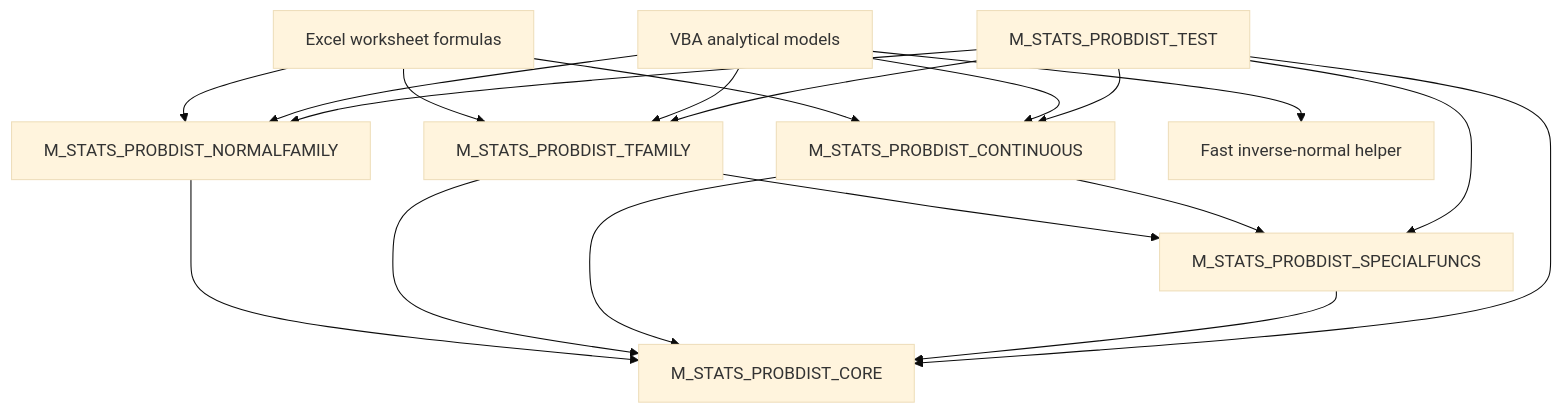
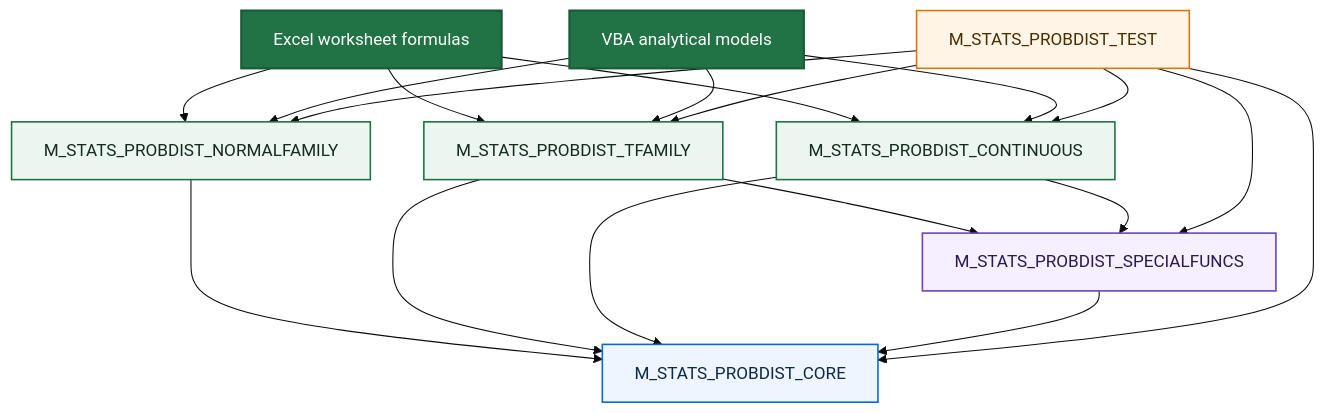
One commit to danielep71/VBA-PROBABILITY-DISTRIBUTIONS changed the diagram in README.md. Above: the diagram before and after it, drawn with Mermaid (base theme). The commit also changed other lines of this file, not shown here.

````diff
--- a/README.md
+++ b/README.md
@@ -238,25 +309,40 @@
 ```mermaid
 flowchart TD
-    WS[Excel worksheet formulas] --> NF[M_STATS_PROBDIST_NORMALFAMILY]
-    WS --> TF[M_STATS_PROBDIST_TFAMILY]
-    WS --> CT[M_STATS_PROBDIST_CONTINUOUS]
+    classDef entry fill:#217346,color:#ffffff,stroke:#185c37,stroke-width:2px
+    classDef family fill:#eaf6ef,color:#172b1f,stroke:#217346,stroke-width:1.5px
+    classDef kernel fill:#f5efff,color:#2d1b4e,stroke:#6f42c1,stroke-width:1.5px
+    classDef core fill:#eef5ff,color:#102a43,stroke:#0969da,stroke-width:1.5px
+    classDef test fill:#fff4e5,color:#4b2e00,stroke:#d97706,stroke-width:1.5px
 
-    VBA[VBA analytical models] --> NF
+    WS[Excel worksheet formulas]:::entry
+    VBA[VBA analytical models]:::entry
+
+    NF[M_STATS_PROBDIST_NORMALFAMILY]:::family
+    TF[M_STATS_PROBDIST_TFAMILY]:::family
+    CT[M_STATS_PROBDIST_CONTINUOUS]:::family
+
+    SF[M_STATS_PROBDIST_SPECIALFUNCS]:::kernel
+    CORE[M_STATS_PROBDIST_CORE]:::core
+    TEST[M_STATS_PROBDIST_TEST]:::test
+
+    WS --> NF
+    WS --> TF
+    WS --> CT
+
+    VBA --> NF
     VBA --> TF
     VBA --> CT
-    VBA --> FAST[Fast inverse-normal helper]
 
-    NF --> CORE[M_STATS_PROBDIST_CORE]
+    NF --> CORE
+    TF --> SF
     TF --> CORE
+    CT --> SF
     CT --> CORE
-
-    TF --> SF[M_STATS_PROBDIST_SPECIALFUNCS]
-    CT --> SF
     SF --> CORE
 
-    TEST[M_STATS_PROBDIST_TEST] --> CORE
+    TEST --> CORE
     TEST --> SF
     TEST --> NF
     TEST --> TF
     TEST --> CT
 ```
````
